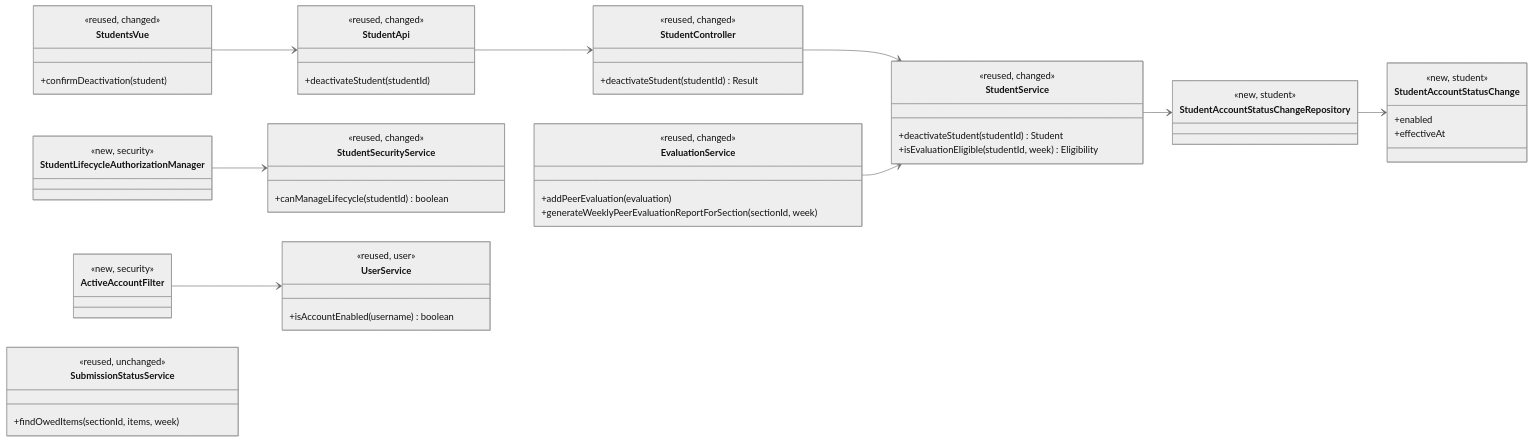
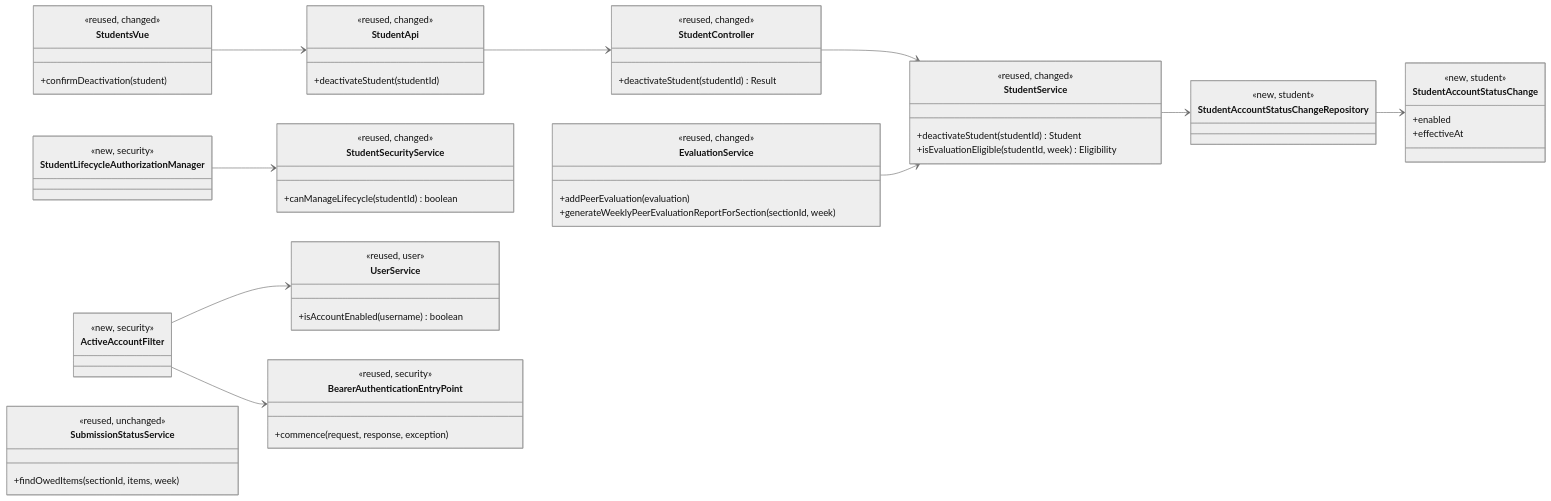
One commit to amercado9/add-a-use-case changed the first of 5 diagrams in docs/design/stu.md. Above: the diagram before and after it, drawn with Mermaid (neutral theme). The commit also changed other lines of this file, not shown here.

Commit message:
docs(design): resolve active-account error handling

````diff
--- a/docs/design/stu.md
+++ b/docs/design/stu.md
@@ -14,61 +14,66 @@
 ```mermaid
 classDiagram
     direction LR
     class StudentsVue {
         <<reused, changed>>
         +confirmDeactivation(student)
     }
     class StudentApi {
         <<reused, changed>>
         +deactivateStudent(studentId)
     }
     class StudentController {
         <<reused, changed>>
         +deactivateStudent(studentId) Result
     }
     class StudentService {
         <<reused, changed>>
         +deactivateStudent(studentId) Student
         +isEvaluationEligible(studentId, week) Eligibility
     }
     class StudentAccountStatusChange {
         <<new, student>>
         +enabled
         +effectiveAt
     }
     class StudentAccountStatusChangeRepository {
         <<new, student>>
     }
     class StudentLifecycleAuthorizationManager {
         <<new, security>>
     }
     class StudentSecurityService {
         <<reused, changed>>
         +canManageLifecycle(studentId) boolean
     }
     class ActiveAccountFilter {
         <<new, security>>
     }
     class UserService {
         <<reused, user>>
         +isAccountEnabled(username) boolean
     }
+    class BearerAuthenticationEntryPoint {
+        <<reused, security>>
+        +commence(request, response, exception)
+    }
     class EvaluationService {
         <<reused, changed>>
         +addPeerEvaluation(evaluation)
         +generateWeeklyPeerEvaluationReportForSection(sectionId, week)
     }
     class SubmissionStatusService {
         <<reused, unchanged>>
         +findOwedItems(sectionId, items, week)
     }
 
     StudentsVue --> StudentApi
     StudentApi --> StudentController
     StudentController --> StudentService
     StudentLifecycleAuthorizationManager --> StudentSecurityService
     ActiveAccountFilter --> UserService
+    ActiveAccountFilter --> BearerAuthenticationEntryPoint
     StudentService --> StudentAccountStatusChangeRepository
     StudentAccountStatusChangeRepository --> StudentAccountStatusChange
     EvaluationService --> StudentService
 ```
````
